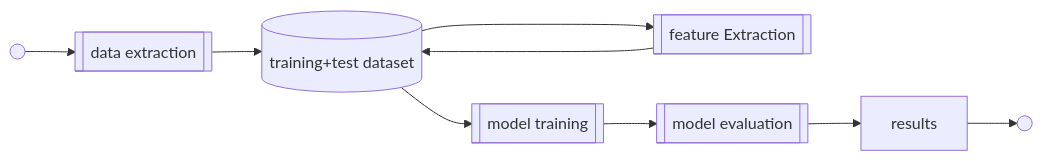
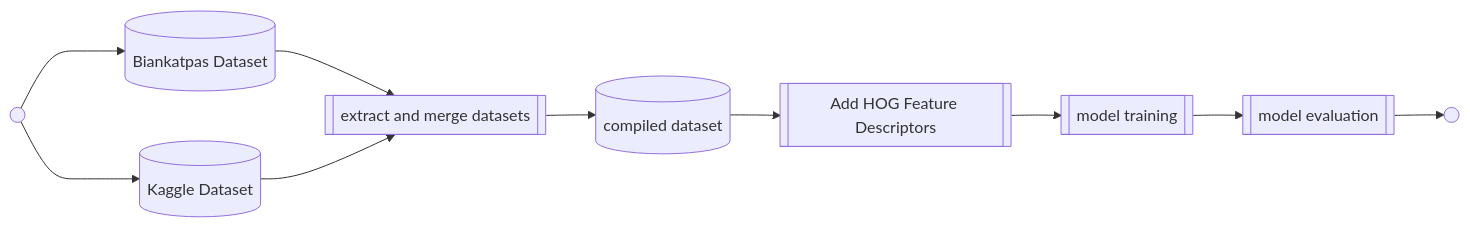
One commit to albert118/Pothole-object-detection-with-SVM-of-HOG-features changed the first of 3 diagrams in image processing workflow.md. Above: the diagram before and after it, drawn with Mermaid. The commit also changed other lines of this file, not shown here.

Commit message:
Updated diagrams

````diff
--- a/image processing workflow.md
+++ b/image processing workflow.md
@@ -1,22 +3,25 @@
 ```mermaid
 graph LR;
 
 
 start(( ));
 fin(( ));
 
 
-data[[data extraction]];
-db[(training+test dataset)];
-features[[feature Extraction]]
+biankatpas[(Biankatpas Dataset)]
+kaggle[(Kaggle Dataset)]
+
+data[[extract and merge datasets]];
+
+db[(compiled dataset)];
+features[[Add HOG Feature Descriptors]]
+
 train[[model training]];
 eval[[model evaluation]];
 
-start --> data --> db;
-db --> features ---> db;
+start ---> biankatpas --> data;
+start ---> kaggle --> data;
+data --> db --> features;
 
-
-db --> train --> eval --> results;
-
-results --> fin;
+features --> train --> eval --> fin;
 ```
````
